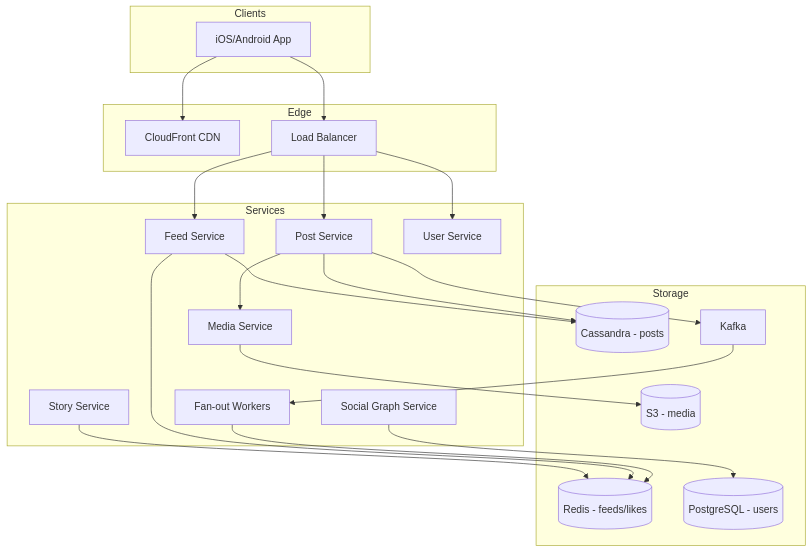
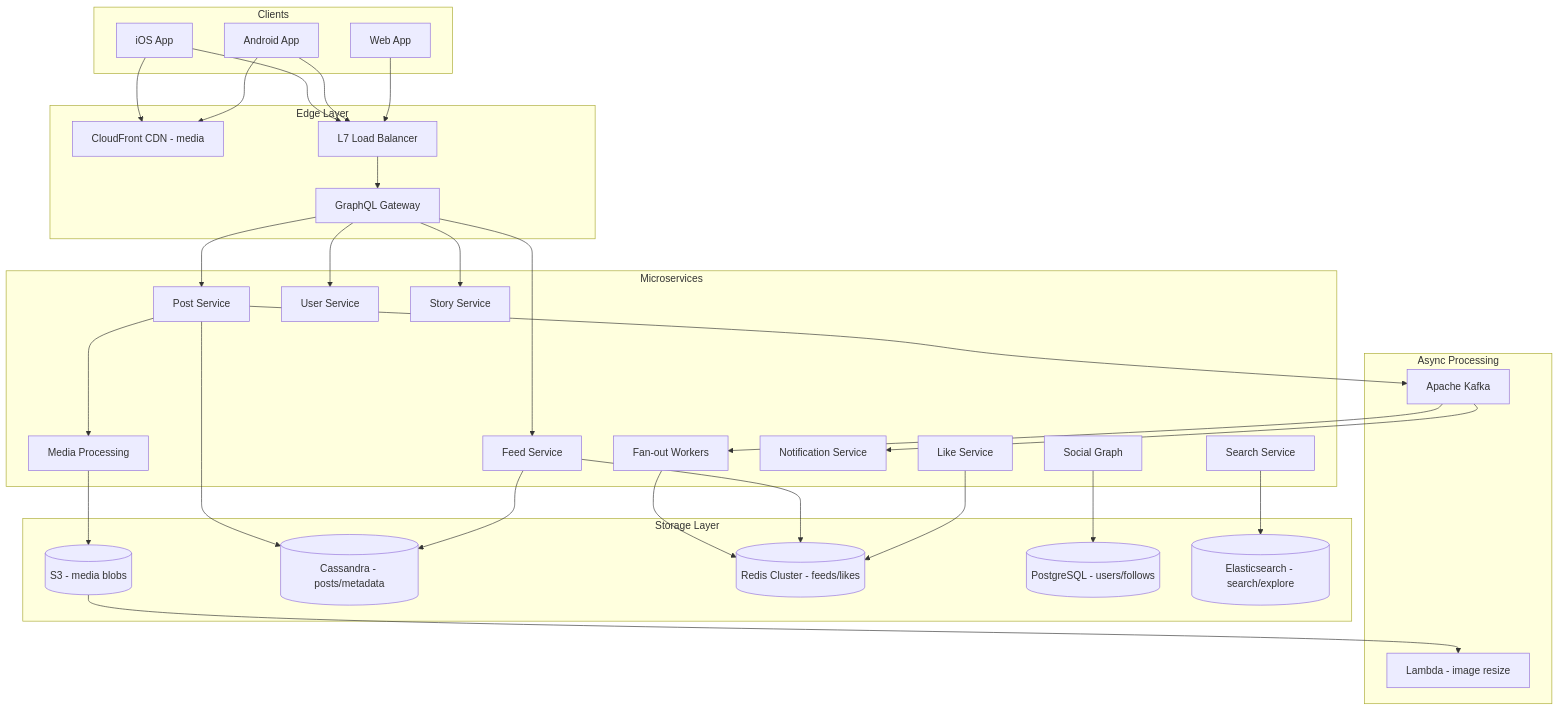
One commit to amarkum/python-datastructures changed the first of 9 diagrams in system-design/instagram/README.md. Above: the diagram before and after it, drawn with Mermaid. The commit also changed other lines of this file and 6 other files, not shown here.

First line of the commit message:
Expand system design guides with detailed diagrams, schemas, and indexing.

````diff
--- a/system-design/instagram/README.md
+++ b/system-design/instagram/README.md
@@ -41,45 +45,64 @@
 ```mermaid
 flowchart TB
     subgraph clients [Clients]
-        App[iOS/Android App]
+        iOS[iOS App]
+        Android[Android App]
+        Web[Web App]
     end
 
-    subgraph edge [Edge]
-        CDN[CloudFront CDN]
-        LB[Load Balancer]
+    subgraph edge [Edge Layer]
+        CDN[CloudFront CDN - media]
+        LB[L7 Load Balancer]
+        GQL[GraphQL Gateway]
     end
 
-    subgraph services [Services]
+    subgraph services [Microservices]
         Post[Post Service]
         Feed[Feed Service]
         User[User Service]
-        Media[Media Service]
+        Media[Media Processing]
         Story[Story Service]
-        Social[Social Graph Service]
+        Social[Social Graph]
+        Search[Search Service]
+        Notify[Notification Service]
         Fanout[Fan-out Workers]
+        Like[Like Service]
     end
 
-    subgraph storage [Storage]
-        S3[(S3 - media)]
-        Cassandra[(Cassandra - posts)]
-        Redis[(Redis - feeds/likes)]
-        PG[(PostgreSQL - users)]
-        Kafka[Kafka]
+    subgraph async [Async Processing]
+        Kafka[Apache Kafka]
+        Lambda[Lambda - image resize]
     end
 
-    App --> CDN
-    App --> LB
-    LB --> Post
-    LB --> Feed
-    LB --> User
+    subgraph storage [Storage Layer]
+        S3[(S3 - media blobs)]
+        Cassandra[(Cassandra - posts/metadata)]
+        Redis[(Redis Cluster - feeds/likes)]
+        PG[(PostgreSQL - users/follows)]
+        ES[(Elasticsearch - search/explore)]
+    end
+
+    iOS --> CDN
+    Android --> CDN
+    iOS --> LB
+    Android --> LB
+    Web --> LB
+    LB --> GQL
+    GQL --> Post
+    GQL --> Feed
+    GQL --> User
+    GQL --> Story
     Post --> Media
     Media --> S3
+    S3 --> Lambda
     Post --> Cassandra
     Post --> Kafka
     Kafka --> Fanout
     Fanout --> Redis
     Feed --> Redis
     Feed --> Cassandra
     Social --> PG
-    Story --> Redis
+    Like --> Redis
+    Search --> ES
+    Kafka --> Notify
 ```
````
